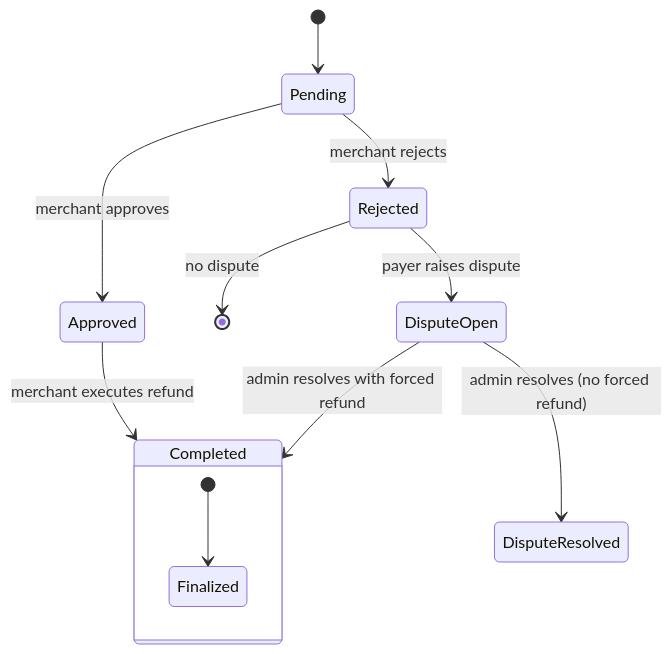
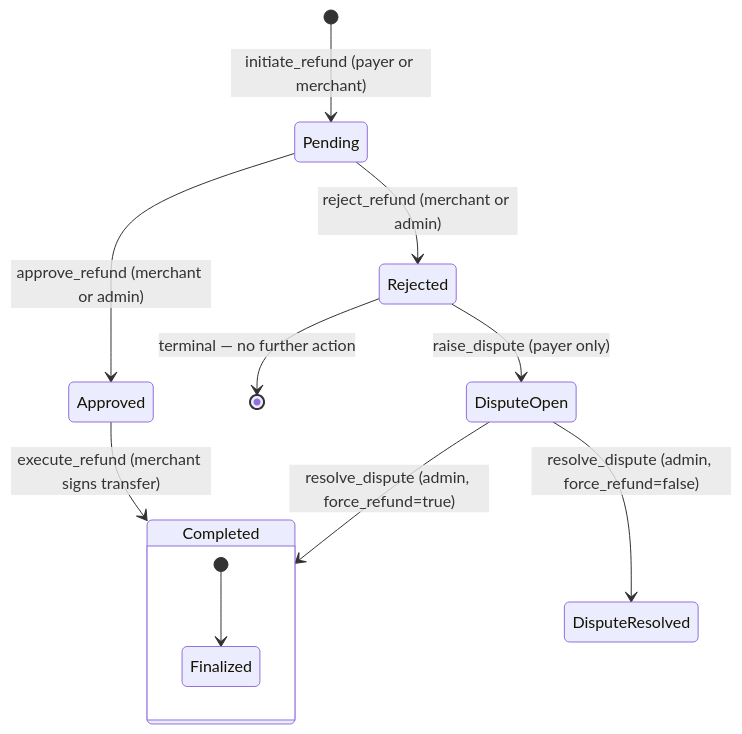
Before and after one commit to Gloriachinedu/lumenflow-contracts: the diagram in docs/refund-lifecycle.md, drawn with Mermaid. The commit also changed other lines of this file, not shown here.

First line of the commit message:
docs: expand refund lifecycle documentation (#865)

````diff
--- a/docs/refund-lifecycle.md
+++ b/docs/refund-lifecycle.md
@@ -5,15 +51,15 @@
 ```mermaid
 stateDiagram-v2
-    [*] --> Pending
-    Pending --> Approved : merchant approves
-    Pending --> Rejected : merchant rejects
-    Approved --> Completed : merchant executes refund
-    Rejected --> [*] : no dispute
-    Rejected --> DisputeOpen : payer raises dispute
-    DisputeOpen --> DisputeResolved : admin resolves (no forced refund)
-    DisputeOpen --> Completed : admin resolves with forced refund
+    [*] --> Pending : initiate_refund (payer or merchant)
+    Pending --> Approved : approve_refund (merchant or admin)
+    Pending --> Rejected : reject_refund (merchant or admin)
+    Approved --> Completed : execute_refund (merchant signs transfer)
+    Rejected --> [*] : terminal — no further action
+    Rejected --> DisputeOpen : raise_dispute (payer only)
+    DisputeOpen --> DisputeResolved : resolve_dispute (admin, force_refund=false)
+    DisputeOpen --> Completed : resolve_dispute (admin, force_refund=true)
 
     state Completed {
         [*] --> Finalized
     }
 ```
````
